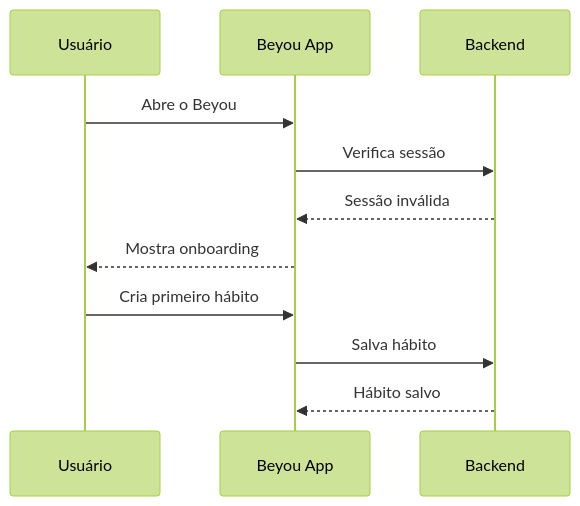
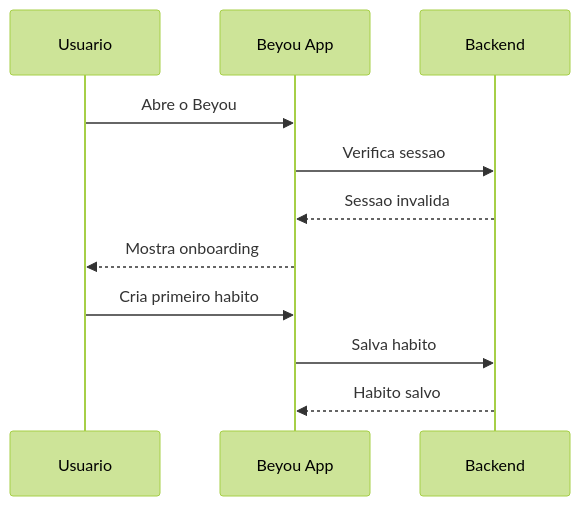
Before and after one commit to AndDev741/Beyou-docs-ui: the first of 2 diagrams in design/user-flow/pt.md, drawn with Mermaid (forest theme). The commit also changed other lines of this file, not shown here.

````diff
--- a/design/user-flow/pt.md
+++ b/design/user-flow/pt.md
@@ -10,13 +10,13 @@
 ```mermaid
 sequenceDiagram
-  participant U as Usuário
+  participant U as Usuario
   participant App as Beyou App
   participant API as Backend
   U->>App: Abre o Beyou
-  App->>API: Verifica sessão
-  API-->>App: Sessão inválida
+  App->>API: Verifica sessao
+  API-->>App: Sessao invalida
   App-->>U: Mostra onboarding
-  U->>App: Cria primeiro hábito
-  App->>API: Salva hábito
-  API-->>App: Hábito salvo
+  U->>App: Cria primeiro habito
+  App->>API: Salva habito
+  API-->>App: Habito salvo
 ```
````
